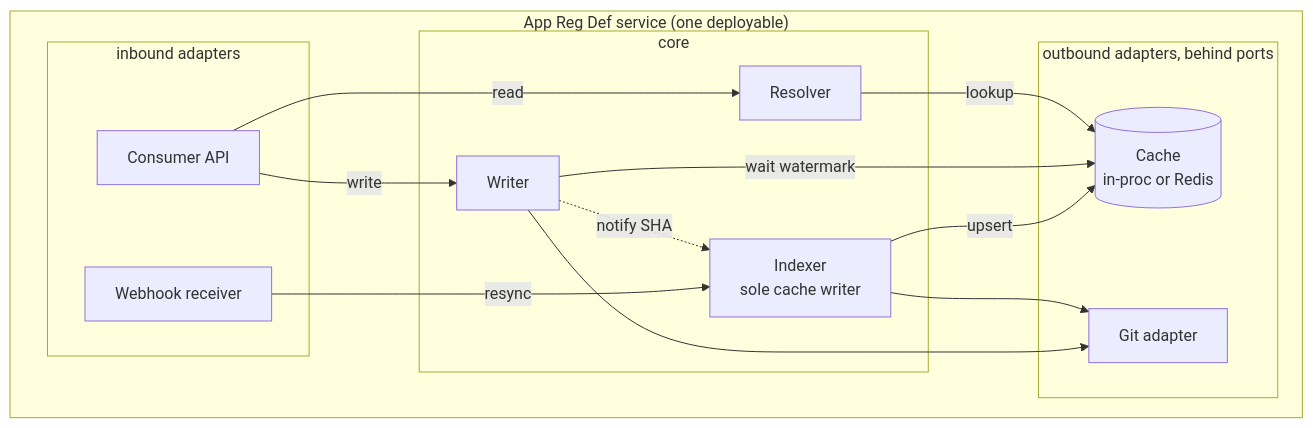
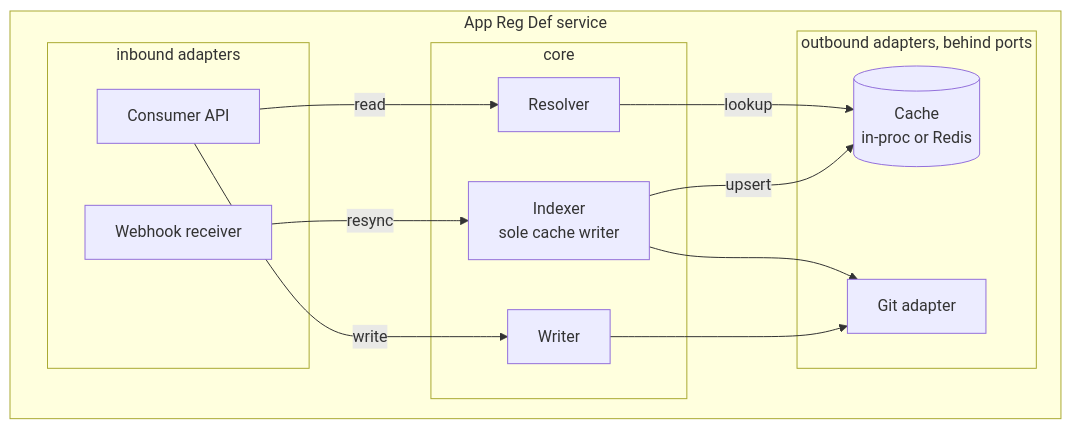
Before and after one commit to Netcracker/qubership-envgene: the second of 5 diagrams in docs/analysis/app-reg-def-service/design/architecture.md, drawn with Mermaid. The commit also changed other lines of this file and 2 other files, not shown here.

First line of the commit message:
docs: write returns on commit, cache catches up via resync (option B)

````diff
--- a/docs/analysis/app-reg-def-service/design/architecture.md
+++ b/docs/analysis/app-reg-def-service/design/architecture.md
@@ -34,27 +38,25 @@
 ```mermaid
 flowchart TB
-  subgraph svc["App Reg Def service (one deployable)"]
+  subgraph svc["App Reg Def service"]
     subgraph inb["inbound adapters"]
       api["Consumer API"]
       wh["Webhook receiver"]
     end
     subgraph cor["core"]
       resolver["Resolver"]
       writer["Writer"]
       indexer["Indexer<br/>sole cache writer"]
     end
     subgraph outb["outbound adapters, behind ports"]
       cache[("Cache<br/>in-proc or Redis")]
       gitad["Git adapter"]
     end
   end
   api -->|read| resolver
   resolver -->|lookup| cache
   api -->|write| writer
-  writer -->|wait watermark| cache
-  writer -. "notify SHA" .-> indexer
   wh -->|resync| indexer
   indexer -->|upsert| cache
   indexer --> gitad
   writer --> gitad
 ```
````
